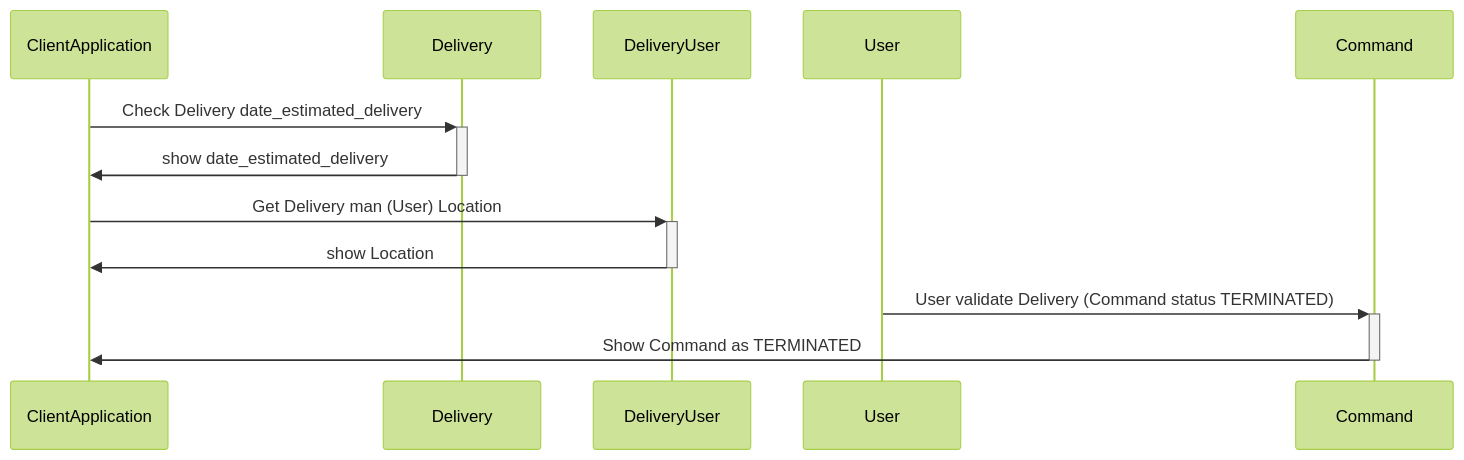
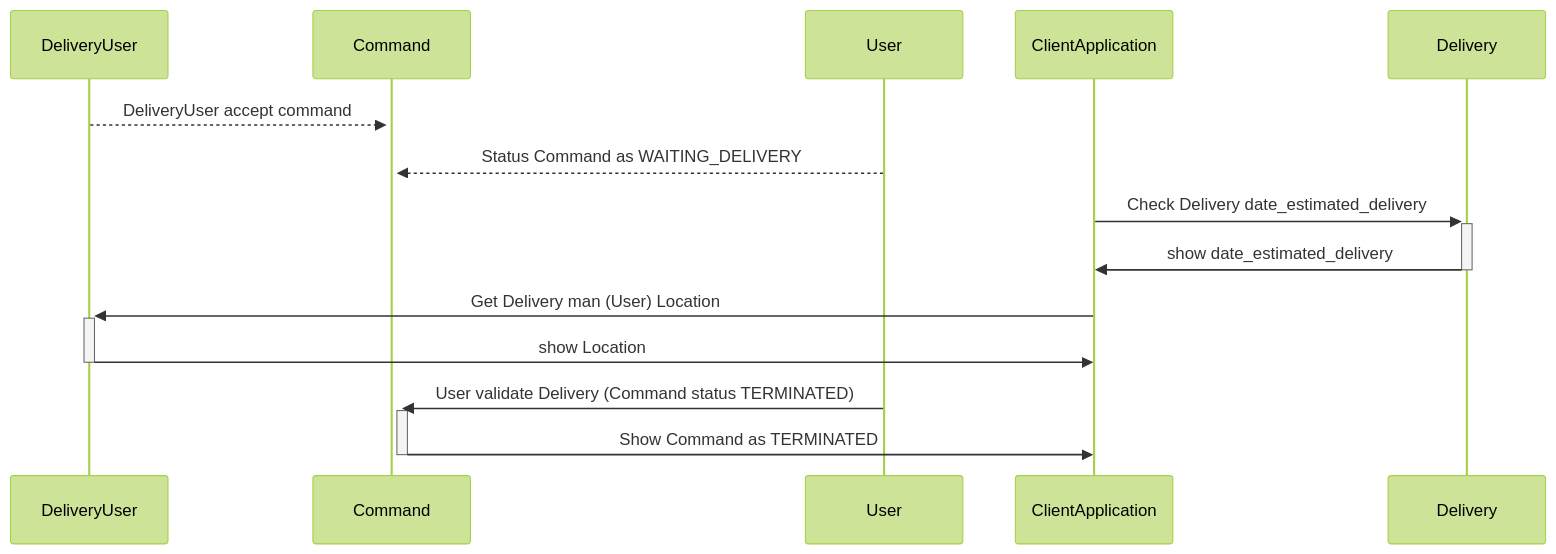
One commit to joussin/api_allopico changed the fifth of 7 diagrams in readme.md. Above: the diagram before and after it, drawn with Mermaid (forest theme). The commit also changed other lines of this file and 1 other file, not shown here.

````diff
--- a/readme.md
+++ b/readme.md
@@ -335,18 +336,24 @@
 ```mermaid
 sequenceDiagram
+  
+
+DeliveryUser-->>+Command: DeliveryUser accept command
+
+User-->>+Command: Status Command as WAITING_DELIVERY  
   
 ClientApplication->>+Delivery: Check Delivery date_estimated_delivery
 
 Delivery->>-ClientApplication: show date_estimated_delivery
 
 
 ClientApplication->>+DeliveryUser: Get Delivery man (User) Location
 
 DeliveryUser->>-ClientApplication: show Location
 
 
 User->>+Command: User validate Delivery (Command status TERMINATED)
 
 Command->>-ClientApplication: Show Command as TERMINATED
 
+
 ```
````
